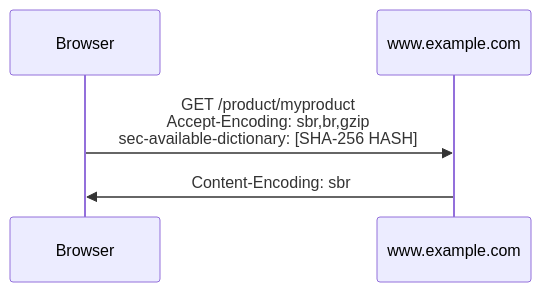
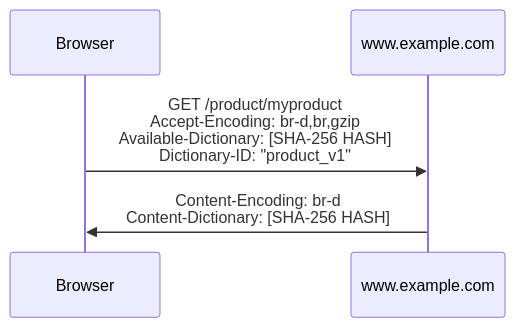
Before and after one commit to WICG/compression-dictionary-transport: the fourth of 4 diagrams in README.md, drawn with Mermaid. The commit also changed other lines of this file, not shown here.

````diff
--- a/README.md
+++ b/README.md
@@ -255,5 +250,5 @@
 ```mermaid
 sequenceDiagram
-Browser->>www.example.com: GET /product/myproduct<br/>Accept-Encoding: sbr,br,gzip<br/>sec-available-dictionary: [SHA-256 HASH]
-www.example.com->>Browser: Content-Encoding: sbr
+Browser->>www.example.com: GET /product/myproduct<br/>Accept-Encoding: br-d,br,gzip<br/>Available-Dictionary: [SHA-256 HASH]<br/>Dictionary-ID: "product_v1"
+www.example.com->>Browser: Content-Encoding: br-d<br/>Content-Dictionary: [SHA-256 HASH]
 ```
````
